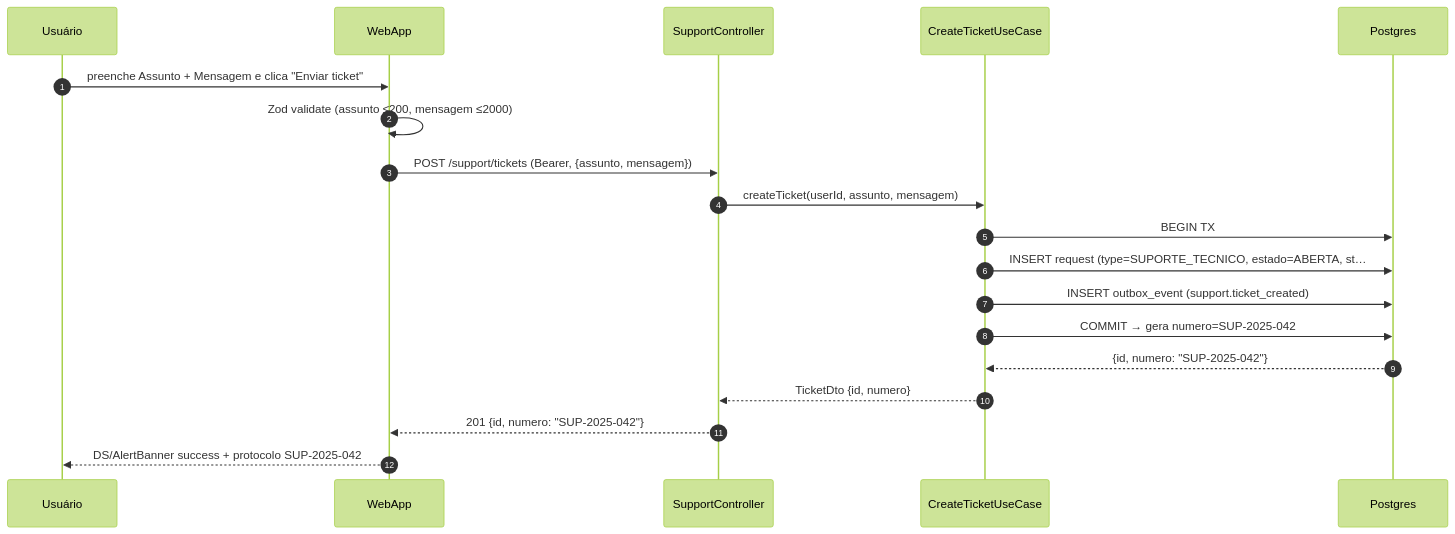
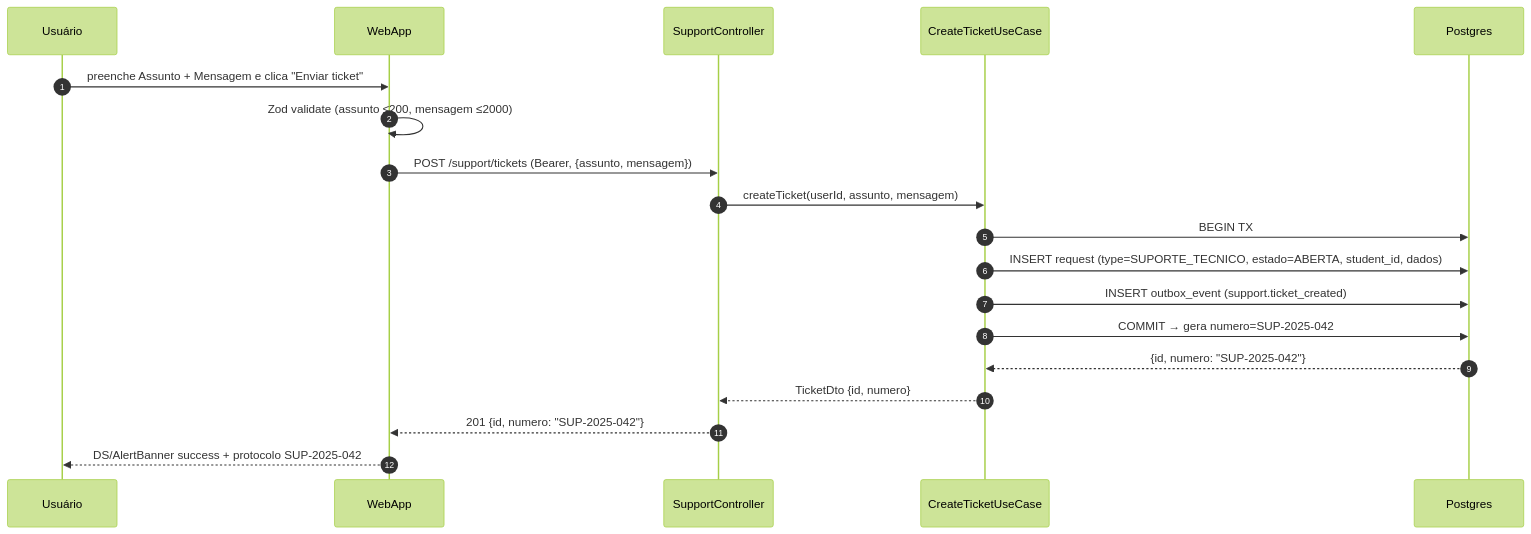
The second of 3 diagrams in foundationDocs/sequenceDiagrams/F8 — Cross-cutting/US-F8-002-SUPORTE-FAQ.md (umishell/secretariaOnline2), drawn with Mermaid (forest theme) before and after one commit. The commit also changed other lines of this file and 70 other files, not shown here.

First line of the commit message:
Enhance database documentation and introduce new schema files

````diff
--- a/foundationDocs/sequenceDiagrams/F8 — Cross-cutting/US-F8-002-SUPORTE-FAQ.md
+++ b/foundationDocs/sequenceDiagrams/F8 — Cross-cutting/US-F8-002-SUPORTE-FAQ.md
@@ -89,22 +89,22 @@
 ```mermaid
 sequenceDiagram
     autonumber
     participant Usuário
     participant WebApp
     participant SupportController
     participant CreateTicketUseCase
     participant Postgres
 
     Usuário->>WebApp: preenche Assunto + Mensagem e clica "Enviar ticket"
     WebApp->>WebApp: Zod validate (assunto ≤200, mensagem ≤2000)
     WebApp->>SupportController: POST /support/tickets (Bearer, {assunto, mensagem})
     SupportController->>CreateTicketUseCase: createTicket(userId, assunto, mensagem)
     CreateTicketUseCase->>Postgres: BEGIN TX
-    CreateTicketUseCase->>Postgres: INSERT request (type=SUPORTE_TECNICO, estado=ABERTA, st…
+    CreateTicketUseCase->>Postgres: INSERT request (type=SUPORTE_TECNICO, estado=ABERTA, student_id, dados)
     CreateTicketUseCase->>Postgres: INSERT outbox_event (support.ticket_created)
     CreateTicketUseCase->>Postgres: COMMIT → gera numero=SUP-2025-042
     Postgres-->>CreateTicketUseCase: {id, numero: "SUP-2025-042"}
     CreateTicketUseCase-->>SupportController: TicketDto {id, numero}
     SupportController-->>WebApp: 201 {id, numero: "SUP-2025-042"}
     WebApp-->>Usuário: DS/AlertBanner success + protocolo SUP-2025-042
 ```
````
